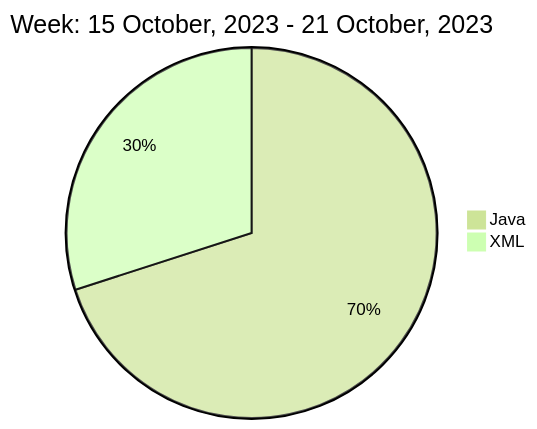
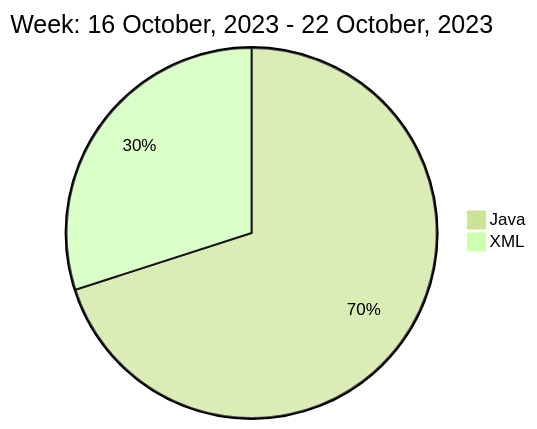
One commit to liubin95/liubin95 changed the diagram in README.md. Above: the diagram before and after it, drawn with Mermaid (forest theme).

Commit message:
Updated the Graph with new Metrics

````diff
--- a/README.md
+++ b/README.md
@@ -40,6 +40,6 @@
 ```mermaid
  pie
-title Week: 15 October, 2023 - 21 October, 2023
+title Week: 16 October, 2023 - 22 October, 2023
  "Java" : 7.2
  "XML" : 3.08
 ```
````
